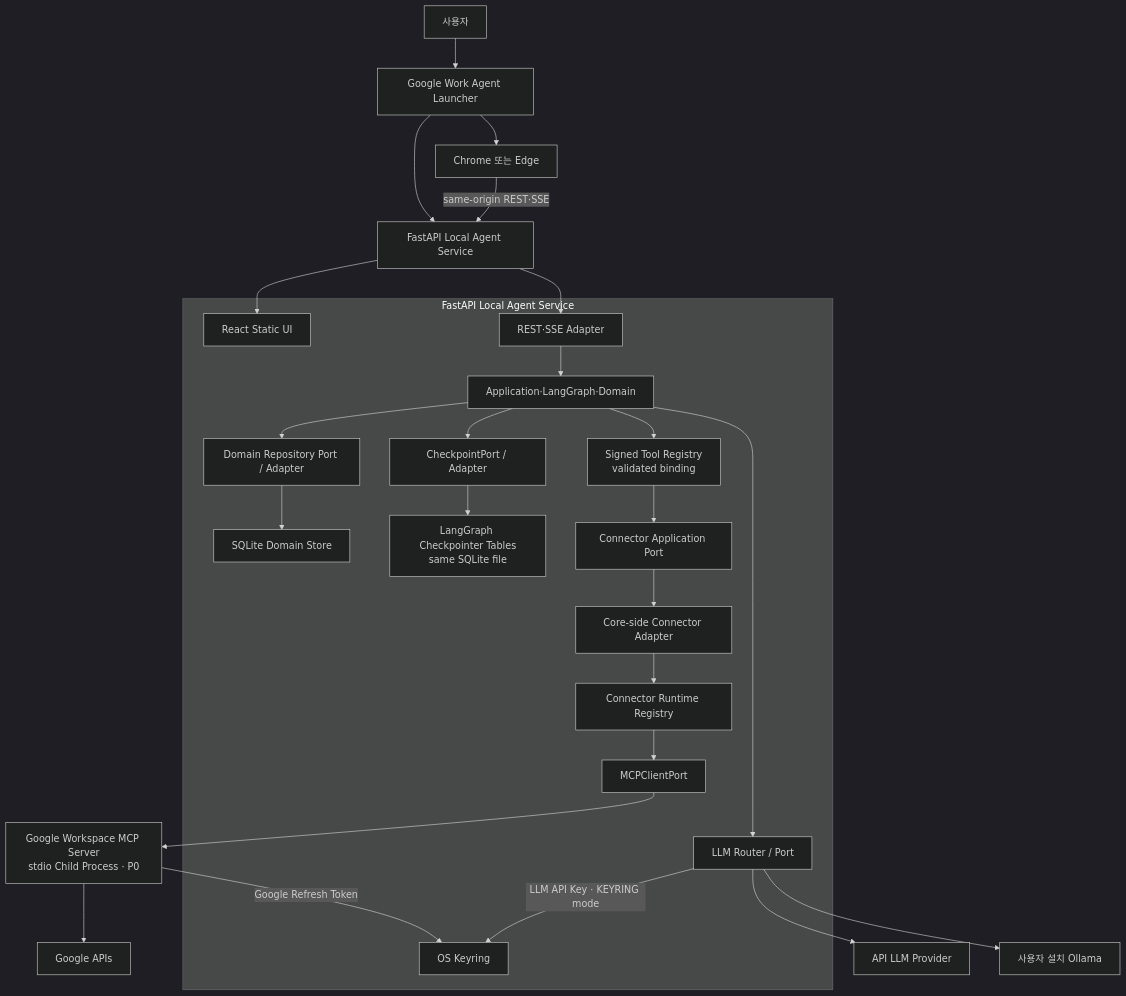
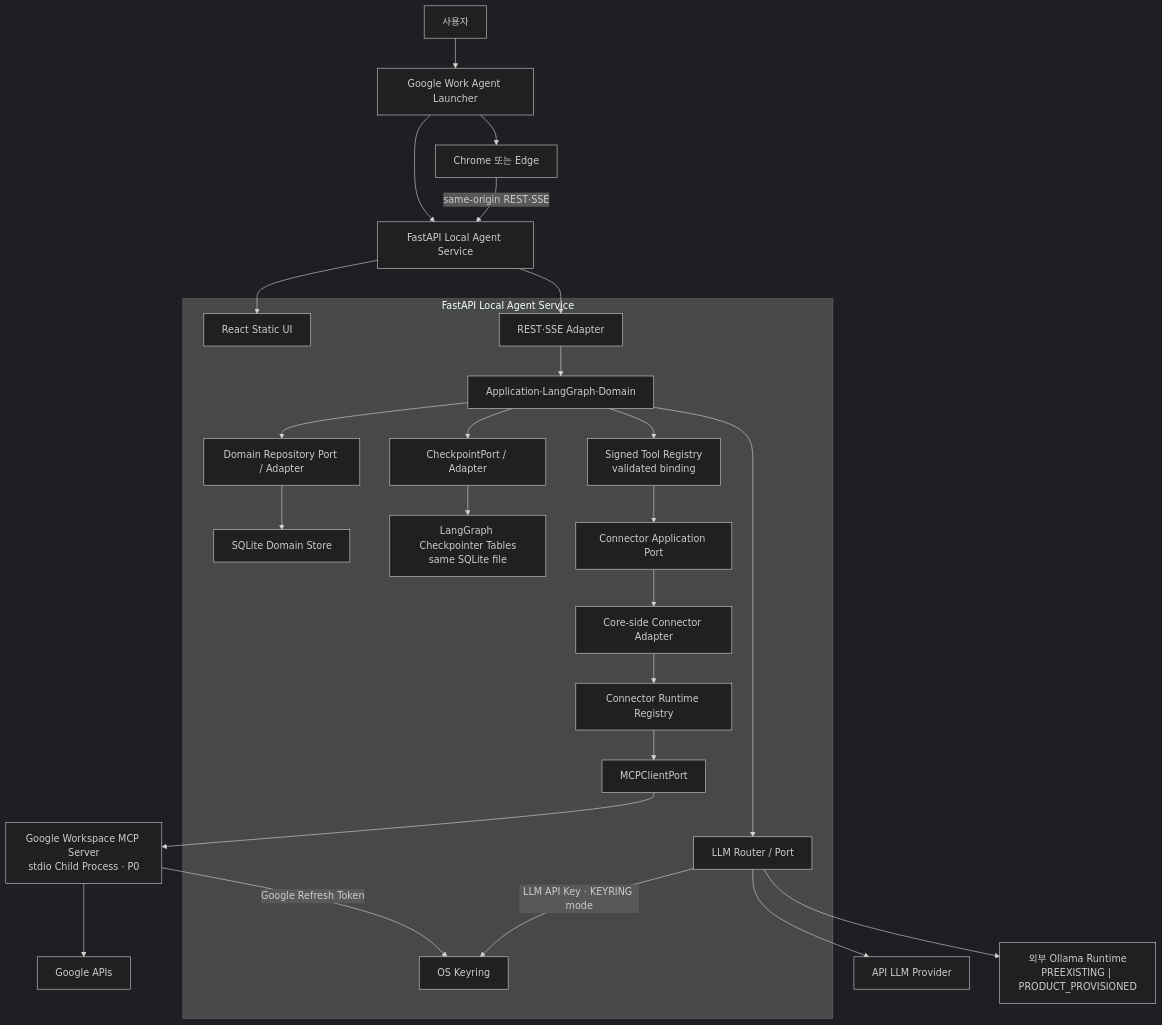
The first of 3 diagrams in docs/canonical/10-infrastructure-environment.md (solar-ai-dev/google-work-agent), drawn with Mermaid (dark theme) before and after one commit. The commit also changed other lines of this file and 20 other files, not shown here.

Commit message:
docs(product): define automatic local runtime provisioning

````diff
--- a/docs/canonical/10-infrastructure-environment.md
+++ b/docs/canonical/10-infrastructure-environment.md
@@ -131,44 +132,44 @@
 ```mermaid
 flowchart TD
     U["사용자"] --> L["Google Work Agent Launcher"]
     L --> API["FastAPI Local Agent Service"]
     L --> B["Chrome 또는 Edge"]
     B -->|"same-origin REST·SSE"| API
 
     subgraph SVC["FastAPI Local Agent Service"]
         FE["React Static UI"]
         HTTP["REST·SSE Adapter"]
         APP["Application·LangGraph·Domain"]
         PER["Domain Repository Port / Adapter"]
         DB["SQLite Domain Store"]
         CP["CheckpointPort / Adapter"]
         CDB["LangGraph Checkpointer Tables<br>same SQLite file"]
         KR["OS Keyring"]
         STR["Signed Tool Registry<br>validated binding"]
         CAP["Connector Application Port"]
         CA["Core-side Connector Adapter"]
         CR["Connector Runtime Registry"]
         MC["MCPClientPort"]
         LR["LLM Router / Port"]
     end
 
     API --> FE
     API --> HTTP
     HTTP --> APP
     APP --> PER
     PER --> DB
     APP --> CP
     CP --> CDB
     APP --> STR
     STR --> CAP
     CAP --> CA
     CA --> CR
     CR --> MC
     APP --> LR
     MC --> GMCP["Google Workspace MCP Server<br>stdio Child Process · P0"]
     GMCP -->|"Google Refresh Token"| KR
     GMCP --> G["Google APIs"]
     LR -->|"LLM API Key · KEYRING mode"| KR
     LR --> EXT["API LLM Provider"]
-    LR --> O["사용자 설치 Ollama"]
+    LR --> O["외부 Ollama Runtime<br>PREEXISTING | PRODUCT_PROVISIONED"]
 ```
````
